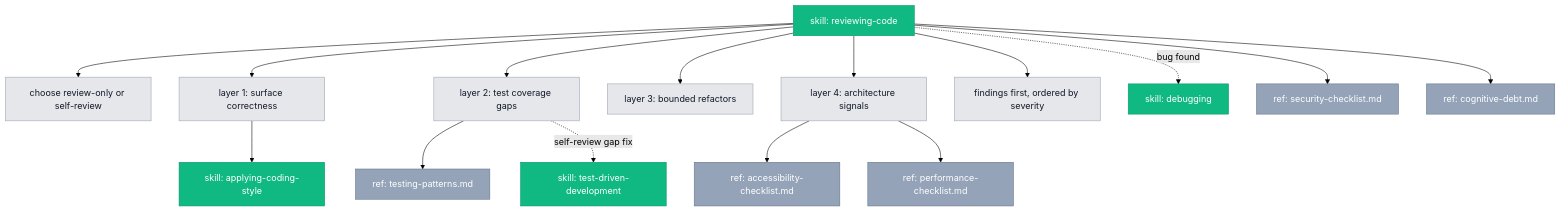
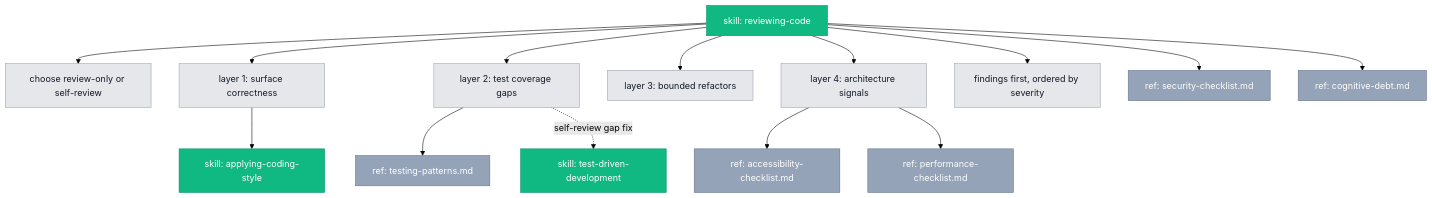
The fourth of 5 diagrams in README.md (OktayCopurlu/ai-shared), drawn with Mermaid (forest theme) before and after one commit. The commit also changed other lines of this file and 13 other files, not shown here.

````diff
--- a/README.md
+++ b/README.md
@@ -484,27 +477,26 @@
 ```mermaid
 flowchart TD
   classDef skill fill:#10b981,stroke:#059669,color:#fff
   classDef ref fill:#94a3b8,stroke:#64748b,color:#fff
   classDef action fill:#e5e7eb,stroke:#9ca3af,color:#111827
 
   Reviewing["skill: reviewing-code"]:::skill
   Mode["choose review-only or self-review"]:::action
   L1["layer 1: surface correctness"]:::action
   L2["layer 2: test coverage gaps"]:::action
   L3["layer 3: bounded refactors"]:::action
   L4["layer 4: architecture signals"]:::action
   Output["findings first, ordered by severity"]:::action
 
   Reviewing --> Mode
   Reviewing --> L1 --> Style["skill: applying-coding-style"]:::skill
   Reviewing --> L2 --> TestRef["ref: testing-patterns.md"]:::ref
   L2 -. self-review gap fix .-> TDD["skill: test-driven-development"]:::skill
   Reviewing --> L3
   Reviewing --> L4
   L4 --> A11yRef["ref: accessibility-checklist.md"]:::ref
   L4 --> PerfRef["ref: performance-checklist.md"]:::ref
-  Reviewing -. bug found .-> Debug["skill: debugging"]:::skill
   Reviewing --> SecRef["ref: security-checklist.md"]:::ref
   Reviewing --> CogRef["ref: cognitive-debt.md"]:::ref
   Reviewing --> Output
 ```
````
